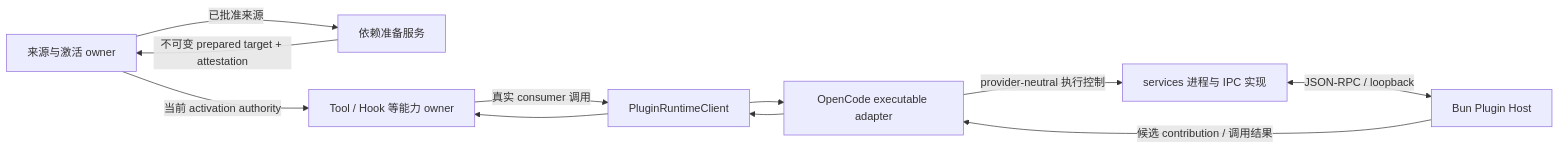
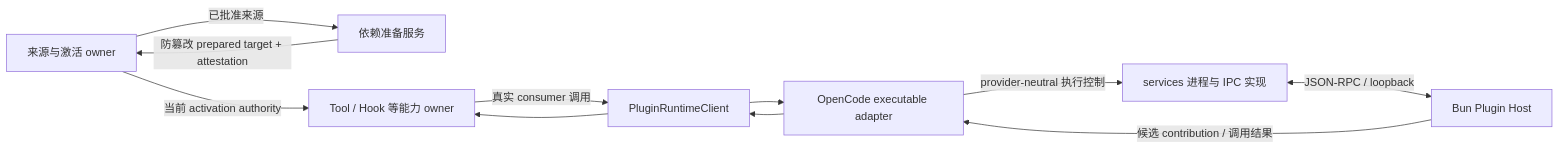
Before and after one commit to GCWing/BitFun: the first of 2 diagrams in docs/architecture/extensions/opencode-ext-host-ipc-design.md, drawn with Mermaid. The commit also changed other lines of this file and 2 other files, not shown here.

````diff
--- a/docs/architecture/extensions/opencode-ext-host-ipc-design.md
+++ b/docs/architecture/extensions/opencode-ext-host-ipc-design.md
@@ -19,21 +19,21 @@
 ```mermaid
 flowchart LR
   Source["来源与激活 owner"]
   Prepare["依赖准备服务"]
   Capability["Tool / Hook 等能力 owner"]
   Client["PluginRuntimeClient"]
   Adapter["OpenCode executable adapter"]
   Process["services 进程与 IPC 实现"]
   Host["Bun Plugin Host"]
 
   Source -->|"已批准来源"| Prepare
-  Prepare -->|"不可变 prepared target + attestation"| Source
+  Prepare -->|"防篡改 prepared target + attestation"| Source
   Source -->|"当前 activation authority"| Capability
   Capability -->|"真实 consumer 调用"| Client
   Client --> Adapter
   Adapter -->|"provider-neutral 执行控制"| Process
   Process <-->|"JSON-RPC / loopback"| Host
   Host -->|"候选 contribution / 调用结果"| Adapter
   Adapter --> Client
   Client --> Capability
 ```
````
